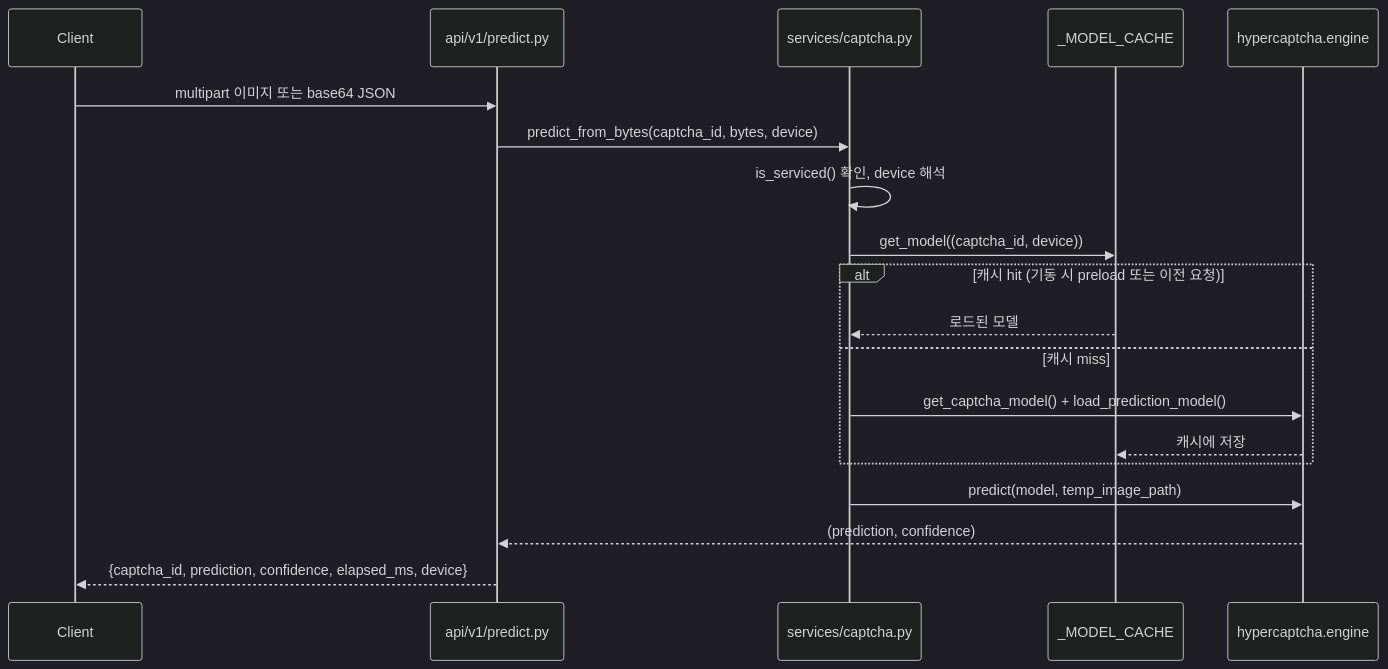
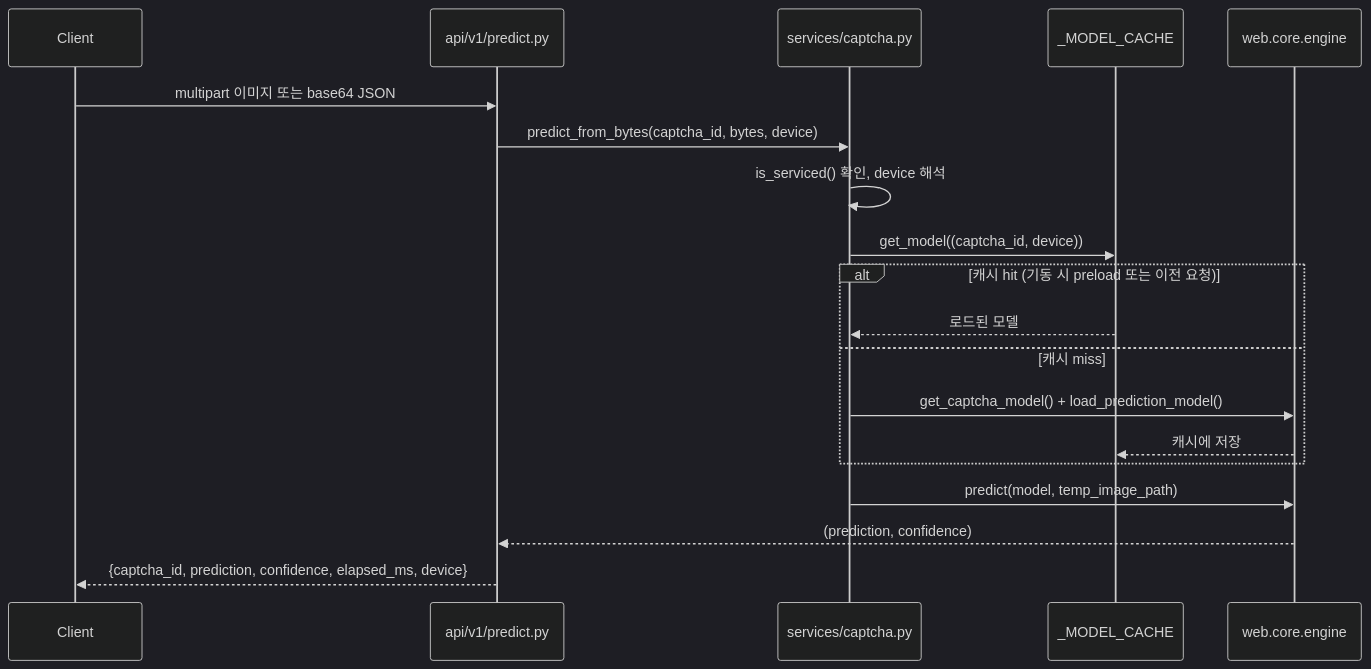
One commit to itsocool/captcha-solver changed the second of 3 diagrams in docs/web-architecture.md. Above: the diagram before and after it, drawn with Mermaid (dark theme). The commit also changed other lines of this file and 2163 other files, not shown here.

````diff
--- a/docs/web-architecture.md
+++ b/docs/web-architecture.md
@@ -71,22 +73,22 @@
 ```mermaid
 sequenceDiagram
     participant Client
     participant Route as api/v1/predict.py
     participant Service as services/captcha.py
     participant Cache as _MODEL_CACHE
-    participant Engine as hypercaptcha.engine
+    participant Engine as web.core.engine
 
     Client->>Route: multipart 이미지 또는 base64 JSON
     Route->>Service: predict_from_bytes(captcha_id, bytes, device)
     Service->>Service: is_serviced() 확인, device 해석
     Service->>Cache: get_model((captcha_id, device))
     alt 캐시 hit (기동 시 preload 또는 이전 요청)
         Cache-->>Service: 로드된 모델
     else 캐시 miss
         Service->>Engine: get_captcha_model() + load_prediction_model()
         Engine-->>Cache: 캐시에 저장
     end
     Service->>Engine: predict(model, temp_image_path)
     Engine-->>Route: (prediction, confidence)
     Route-->>Client: {captcha_id, prediction, confidence, elapsed_ms, device}
 ```
````
